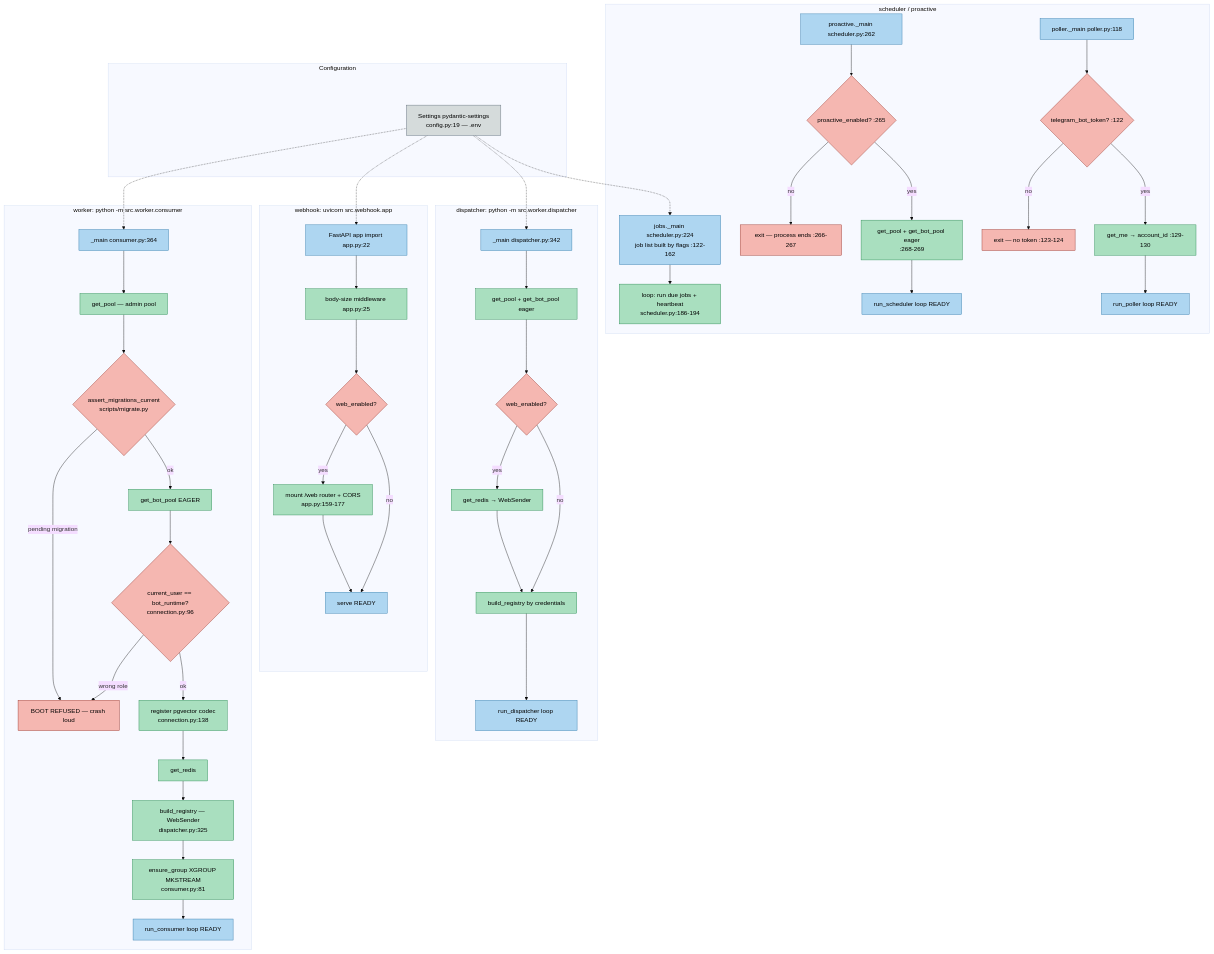
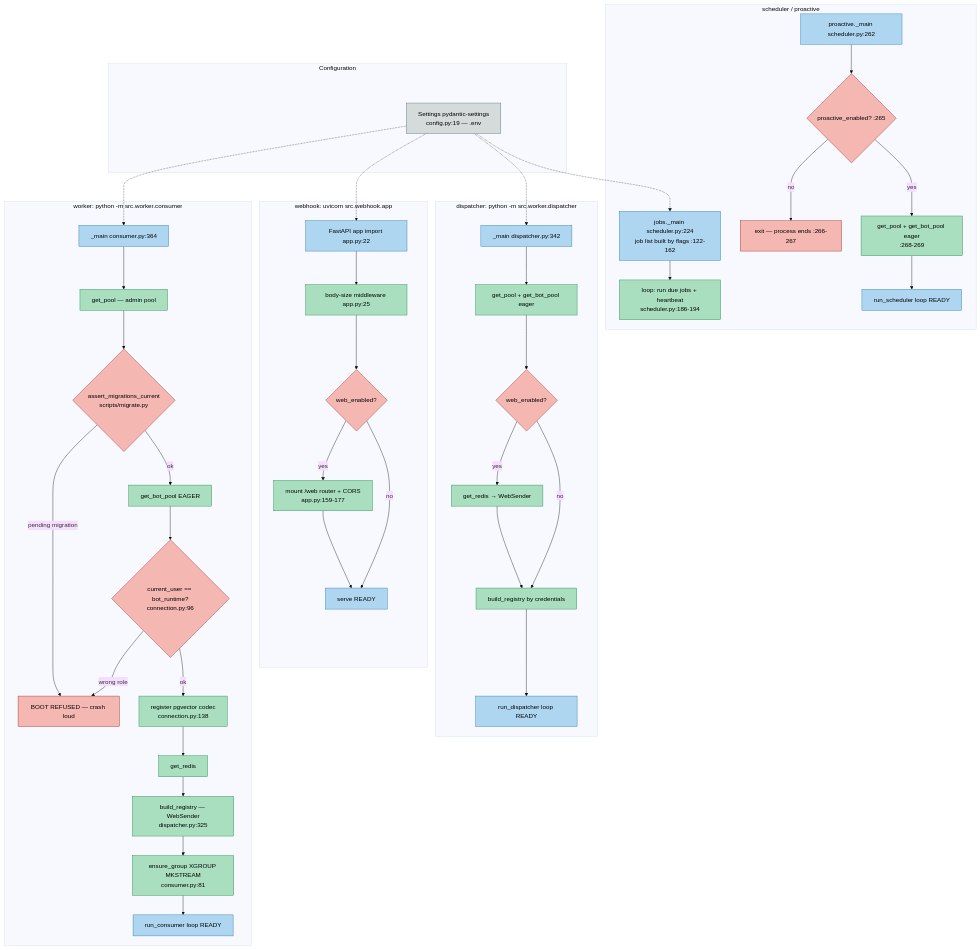
The diagram in docs/diagrams/02-application-startup.mmd (AdiBoaru/Sales-Ass), drawn with Mermaid (base theme) before and after one commit. The commit also changed 3 other files, not shown here.

First line of the commit message:
docs(NX-289): un nod de diagrama scapat + backlogul de rafinari

```diff
--- a/docs/diagrams/02-application-startup.mmd
+++ b/docs/diagrams/02-application-startup.mmd
@@ -1,83 +1,75 @@
 %% GENERAT din docs/ARCHITECTURE-WORKFLOWS.md — nu edita doar aici.
 %% Regenerare: python scripts/export_diagrams.py
 %% Editare vizuală: https://mermaid.live (paste tot fișierul)
 %% Diagram 2 — Application Startup
 flowchart TD
   classDef proc fill:#aed6f1,stroke:#2874a6,color:#000
   classDef step fill:#a9dfbf,stroke:#1e8449,color:#000
   classDef gate fill:#f5b7b1,stroke:#922b21,color:#000
   classDef db fill:#d5dbdb,stroke:#566573,color:#000
 
   subgraph WorkerBoot["worker: python -m src.worker.consumer"]
     W0["_main consumer.py:364"]:::proc
     W1["get_pool — admin pool"]:::step
     W2{"assert_migrations_current<br/>scripts/migrate.py"}:::gate
     W3["get_bot_pool EAGER"]:::step
     W4{"current_user == bot_runtime?<br/>connection.py:96"}:::gate
     W5["register pgvector codec<br/>connection.py:138"]:::step
     W6["get_redis"]:::step
     W7["build_registry — WebSender<br/>dispatcher.py:325"]:::step
     W8["ensure_group XGROUP MKSTREAM<br/>consumer.py:81"]:::step
     W9["run_consumer loop READY"]:::proc
     WFAIL["BOOT REFUSED — crash loud"]:::gate
   end
 
   subgraph WebhookBoot["webhook: uvicorn src.webhook.app"]
     A0["FastAPI app import app.py:22"]:::proc
     A1["body-size middleware app.py:25"]:::step
     A2{"web_enabled?"}:::gate
     A3["mount /web router + CORS<br/>app.py:159-177"]:::step
     A4["serve READY"]:::proc
   end
 
   subgraph DispatcherBoot["dispatcher: python -m src.worker.dispatcher"]
     D0["_main dispatcher.py:342"]:::proc
     D1["get_pool + get_bot_pool eager"]:::step
     D2{"web_enabled?"}:::gate
     D3["get_redis → WebSender"]:::step
     D4["build_registry by credentials"]:::step
     D5["run_dispatcher loop READY"]:::proc
   end
 
   subgraph OtherBoot["scheduler / proactive"]
     J0["jobs._main scheduler.py:224<br/>job list built by flags :122-162"]:::proc
     J1["loop: run due jobs + heartbeat<br/>scheduler.py:186-194"]:::step
     P0["proactive._main scheduler.py:262"]:::proc
     P1{"proactive_enabled? :265"}:::gate
     P2["get_pool + get_bot_pool eager<br/>:268-269"]:::step
     P3["run_scheduler loop READY"]:::proc
     PX["exit — process ends :266-267"]:::gate
-    T0["poller._main poller.py:118"]:::proc
-    T1{"telegram_bot_token? :122"}:::gate
-    T2["get_me → account_id :129-130"]:::step
-    T3["run_poller loop READY"]:::proc
-    TX2["exit — no token :123-124"]:::gate
   end
 
   subgraph Config["Configuration"]
     CFG["Settings pydantic-settings<br/>config.py:19 — .env"]:::db
   end
 
   CFG -.-> W0
   CFG -.-> A0
   CFG -.-> D0
   CFG -.-> J0
   J0 --> J1
   P0 --> P1
   P1 -- no --> PX
   P1 -- yes --> P2 --> P3
-  T0 --> T1
-  T1 -- no --> TX2
-  T1 -- yes --> T2 --> T3
   W0 --> W1 --> W2
   W2 -- "pending migration" --> WFAIL
   W2 -- ok --> W3 --> W4
   W4 -- "wrong role" --> WFAIL
   W4 -- ok --> W5 --> W6 --> W7 --> W8 --> W9
   A0 --> A1 --> A2
   A2 -- yes --> A3 --> A4
   A2 -- no --> A4
   D0 --> D1 --> D2
   D2 -- yes --> D3 --> D4
   D2 -- no --> D4
   D4 --> D5
```
